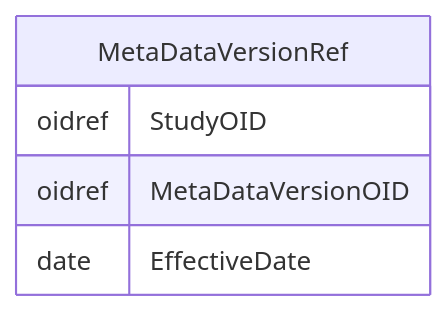
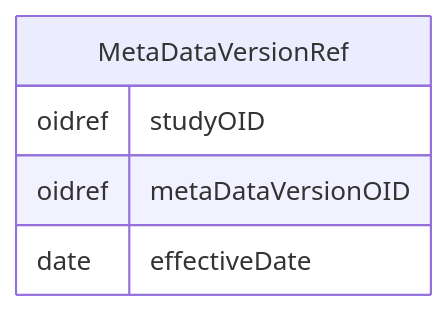
One commit to cdisc-org/DataExchange-ODM-LinkML changed the diagram in docs/MetaDataVersionRef.md. Above: the diagram before and after it, drawn with Mermaid. The commit also changed other lines of this file and 759 other files, not shown here.

````diff
--- a/docs/MetaDataVersionRef.md
+++ b/docs/MetaDataVersionRef.md
@@ -11,11 +11,11 @@
 ```mermaid
 erDiagram
 MetaDataVersionRef {
-    oidref StudyOID  
-    oidref MetaDataVersionOID  
-    date EffectiveDate  
+    oidref studyOID  
+    oidref metaDataVersionOID  
+    date effectiveDate  
 }
 
 
 
 ```
````
